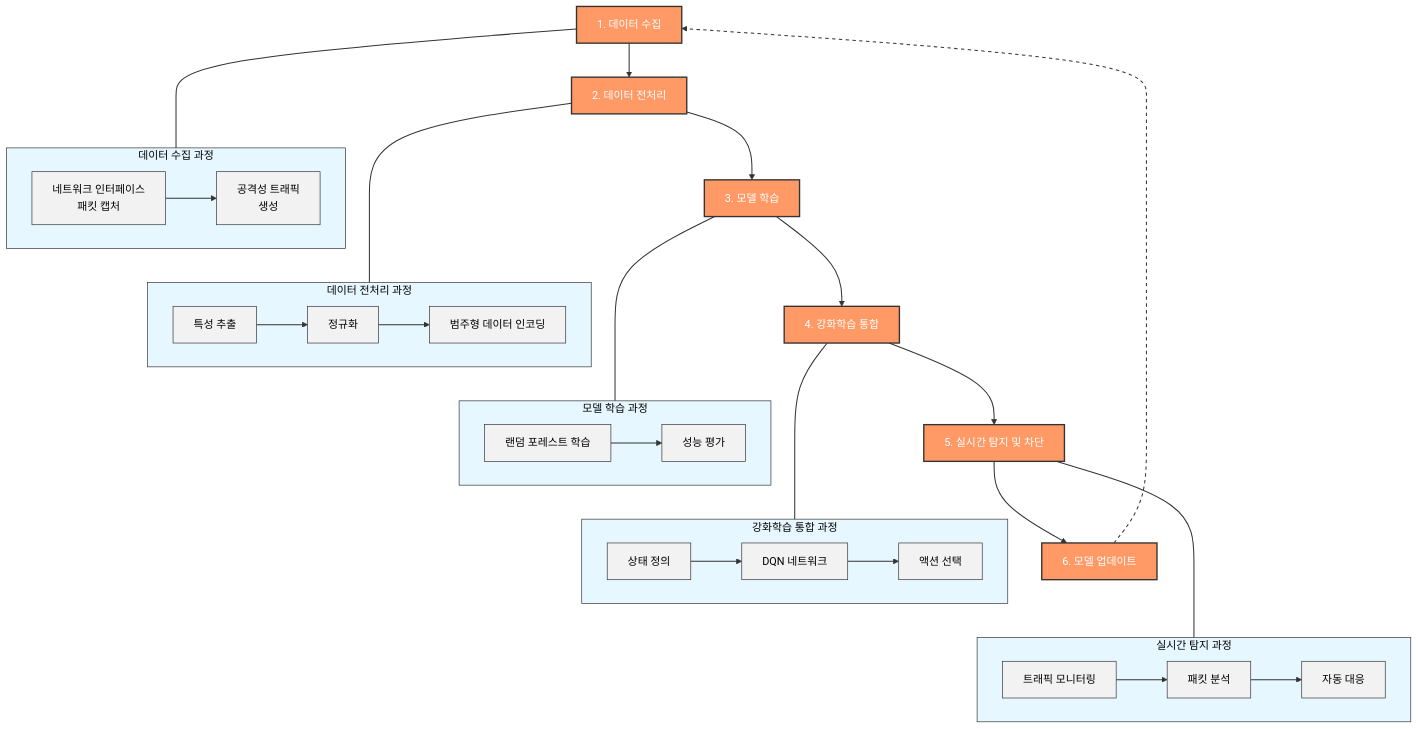
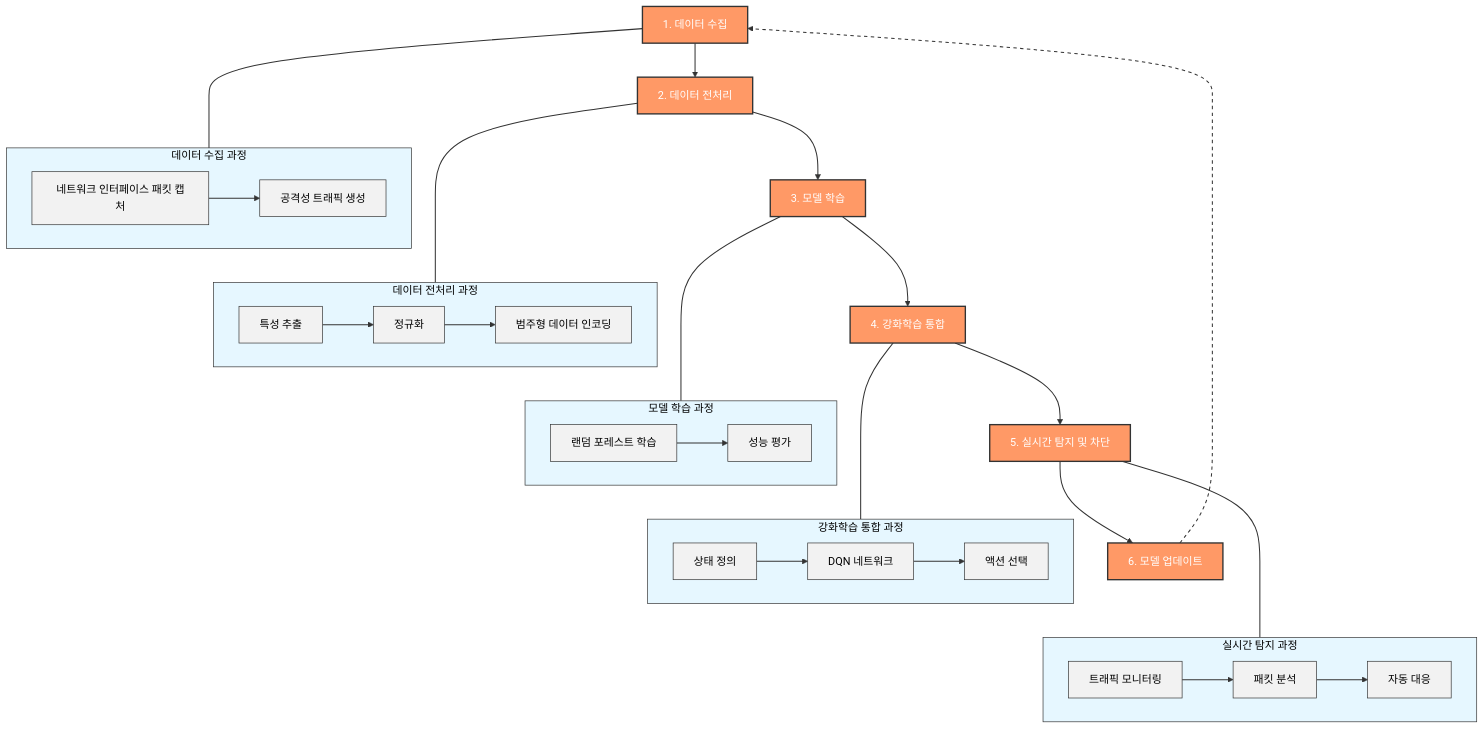
One commit to Es5724/Intrusion_DetectionSystem_AIagent changed the first of 4 diagrams in README.md. Above: the diagram before and after it, drawn with Mermaid (base theme). The commit also changed other lines of this file, not shown here.

````diff
--- a/README.md
+++ b/README.md
@@ -98,63 +98,63 @@
 ```mermaid
 flowchart TB
     %% 주요 단계 정의
-    step1[1. 데이터 수집]
-    step2[2. 데이터 전처리]
-    step3[3. 모델 학습]
-    step4[4. 강화학습 통합]
-    step5[5. 실시간 탐지 및 차단]
-    step6[6. 모델 업데이트]
+    step1["1. 데이터 수집"]
+    step2["2. 데이터 전처리"]
+    step3["3. 모델 학습"]
+    step4["4. 강화학습 통합"]
+    step5["5. 실시간 탐지 및 차단"]
+    step6["6. 모델 업데이트"]
     
     %% 단계별 연결
     step1 --> step2 --> step3 --> step4 --> step5 --> step6
     step6 -.-> step1
     
     %% 각 단계의 세부 과정
-    subgraph collection[데이터 수집 과정]
+    subgraph collection["데이터 수집 과정"]
         direction LR
-        interface[네트워크 인터페이스\n패킷 캡처] --> generator[공격성 트래픽\n생성]
+        interface["네트워크 인터페이스 패킷 캡처"] --> generator["공격성 트래픽 생성"]
     end
     
-    subgraph preprocessing[데이터 전처리 과정]
+    subgraph preprocessing["데이터 전처리 과정"]
         direction LR
-        extract[특성 추출] --> normalize[정규화] --> encode[범주형 데이터 인코딩]
+        extract["특성 추출"] --> normalize["정규화"] --> encode["범주형 데이터 인코딩"]
     end
     
-    subgraph training[모델 학습 과정]
+    subgraph training["모델 학습 과정"]
         direction LR
-        rf[랜덤 포레스트 학습] --> evaluate[성능 평가]
+        rf["랜덤 포레스트 학습"] --> evaluate["성능 평가"]
     end
     
-    subgraph rl_integration[강화학습 통합 과정]
+    subgraph rl_integration["강화학습 통합 과정"]
         direction LR
-        state[상태 정의] --> dqn[DQN 네트워크] --> action[액션 선택]
+        state["상태 정의"] --> dqn["DQN 네트워크"] --> action["액션 선택"]
     end
     
-    subgraph detection[실시간 탐지 과정]
+    subgraph detection["실시간 탐지 과정"]
         direction LR
-        monitor[트래픽 모니터링] --> analyze[패킷 분석] --> respond[자동 대응]
+        monitor["트래픽 모니터링"] --> analyze["패킷 분석"] --> respond["자동 대응"]
     end
     
     %% 단계와 세부 과정 연결
     step1 ---- collection
     step2 ---- preprocessing
     step3 ---- training
     step4 ---- rl_integration
     step5 ---- detection
     
     %% 스타일 정의
     classDef mainStep fill:#f96,stroke:#333,stroke-width:2px,color:white;
     class step1,step2,step3,step4,step5,step6 mainStep;
     
     classDef processBox fill:#e6f7ff,stroke:#333,stroke-width:1px,color:black;
     class collection,preprocessing,training,rl_integration,detection processBox;
     
     classDef nodeText fill:#f2f2f2,stroke:#333,stroke-width:1px,color:black;
     class interface,generator,extract,normalize,encode,rf,evaluate,state,dqn,action,monitor,analyze,respond nodeText;
     
     classDef subgraphText color:black;
     class collection,preprocessing,training,rl_integration,detection subgraphText;
     
     linkStyle default stroke:#333,stroke-width:1.5px;
     linkStyle 5 stroke:#333,stroke-width:1.5px,stroke-dasharray:5;
 ```
````
